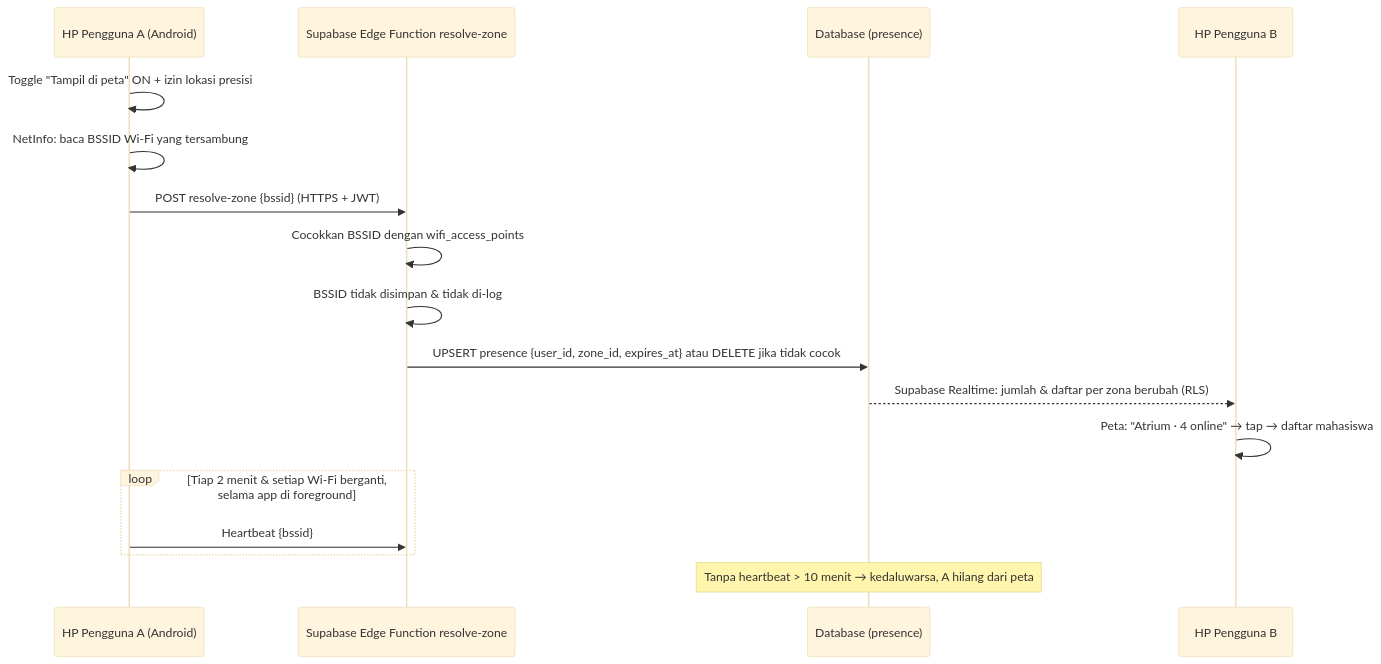
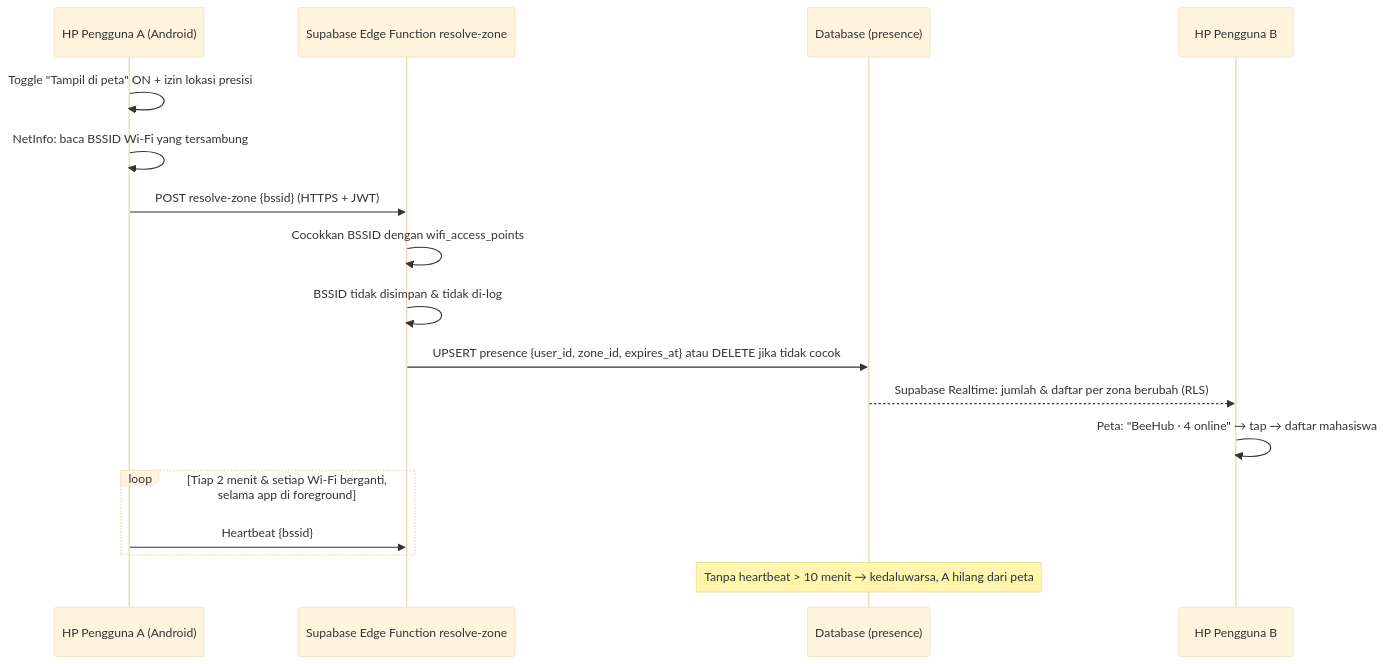
One commit to Dev-karel/joints_Hackathon changed the diagram in PRD.md. Above: the diagram before and after it, drawn with Mermaid (base theme). The commit also changed other lines of this file and 7 other files, not shown here.

````diff
--- a/PRD.md
+++ b/PRD.md
@@ -167,20 +170,20 @@
 ```mermaid
 sequenceDiagram
     participant A as HP Pengguna A (Android)
     participant S as Supabase Edge Function resolve-zone
     participant D as Database (presence)
     participant B as HP Pengguna B
 
     A->>A: Toggle "Tampil di peta" ON + izin lokasi presisi
     A->>A: NetInfo: baca BSSID Wi-Fi yang tersambung
     A->>S: POST resolve-zone {bssid} (HTTPS + JWT)
     S->>S: Cocokkan BSSID dengan wifi_access_points
     S->>S: BSSID tidak disimpan & tidak di-log
     S->>D: UPSERT presence {user_id, zone_id, expires_at} atau DELETE jika tidak cocok
     D-->>B: Supabase Realtime: jumlah & daftar per zona berubah (RLS)
-    B->>B: Peta: "Atrium · 4 online" → tap → daftar mahasiswa
+    B->>B: Peta: "BeeHub · 4 online" → tap → daftar mahasiswa
     loop Tiap 2 menit & setiap Wi-Fi berganti, selama app di foreground
         A->>S: Heartbeat {bssid}
     end
     Note over D: Tanpa heartbeat > 10 menit → kedaluwarsa, A hilang dari peta
 ```
````
